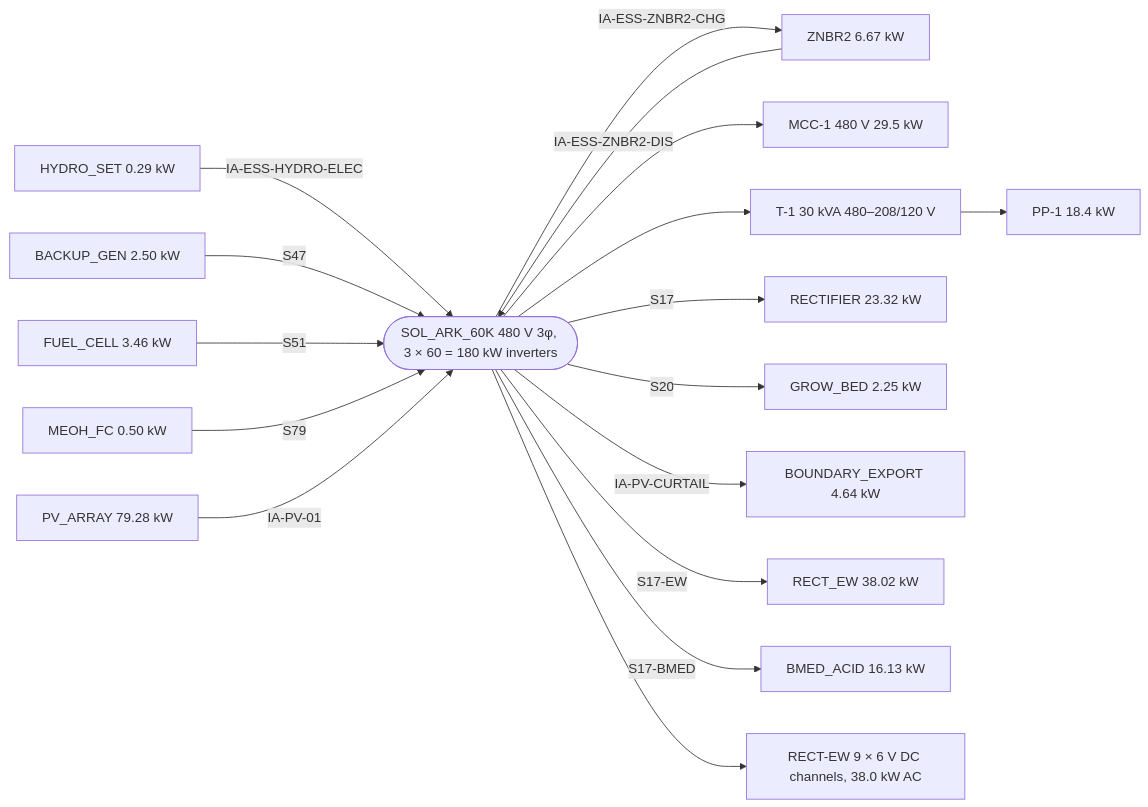
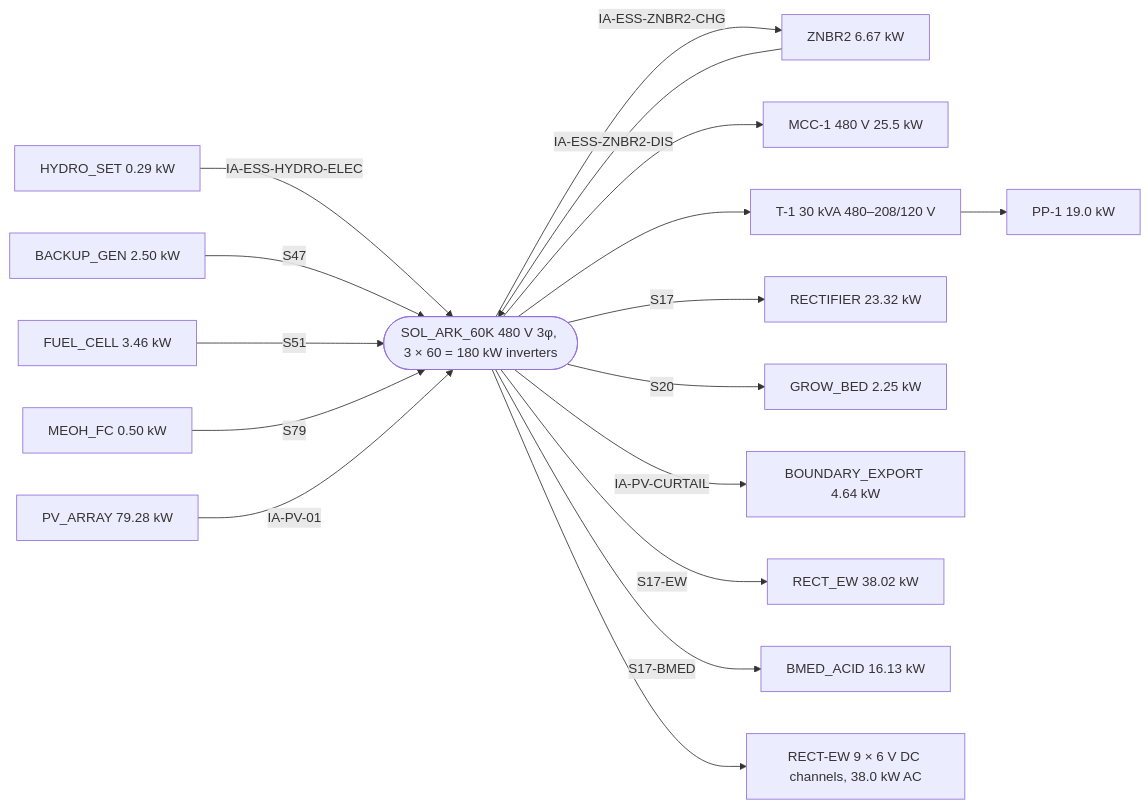
The diagram in docs-authority/ONE_LINE.md (egofree/Aqueous_Solutions), drawn with Mermaid before and after one commit. The commit also changed other lines of this file and 17 other files, not shown here.

````diff
--- a/docs-authority/ONE_LINE.md
+++ b/docs-authority/ONE_LINE.md
@@ -13,20 +13,20 @@
 ```mermaid
 flowchart LR
 
   HYDRO_SET["HYDRO_SET 0.29 kW"] -->|IA-ESS-HYDRO-ELEC| BUS
   ZNBR2["ZNBR2 5.00 kW"] -->|IA-ESS-ZNBR2-DIS| BUS
   BACKUP_GEN["BACKUP_GEN 2.50 kW"] -->|S47| BUS
   FUEL_CELL["FUEL_CELL 3.46 kW"] -->|S51| BUS
   MEOH_FC["MEOH_FC 0.50 kW"] -->|S79| BUS
   PV_ARRAY["PV_ARRAY 79.28 kW"] -->|IA-PV-01| BUS
   BUS(["SOL_ARK_60K 480 V 3φ, 3 × 60 = 180 kW inverters"])
-  BUS --> MCC["MCC-1 480 V 29.5 kW"]
-  BUS --> XF["T-1 30 kVA 480–208/120 V"] --> PP["PP-1 18.4 kW"]
+  BUS --> MCC["MCC-1 480 V 25.5 kW"]
+  BUS --> XF["T-1 30 kVA 480–208/120 V"] --> PP["PP-1 19.0 kW"]
   BUS -->|IA-ESS-ZNBR2-CHG| ZNBR2["ZNBR2 6.67 kW"]
   BUS -->|S17| RECTIFIER["RECTIFIER 23.32 kW"]
   BUS -->|S20| GROW_BED["GROW_BED 2.25 kW"]
   BUS -->|IA-PV-CURTAIL| BOUNDARY_EXPORT["BOUNDARY_EXPORT 4.64 kW"]
   BUS -->|S17-EW| RECT_EW["RECT_EW 38.02 kW"]
   BUS -->|S17-BMED| BMED_ACID["BMED_ACID 16.13 kW"]
   BUS --> RECTEW["RECT-EW 9 × 6 V DC channels, 38.0 kW AC"]
 ```
````
